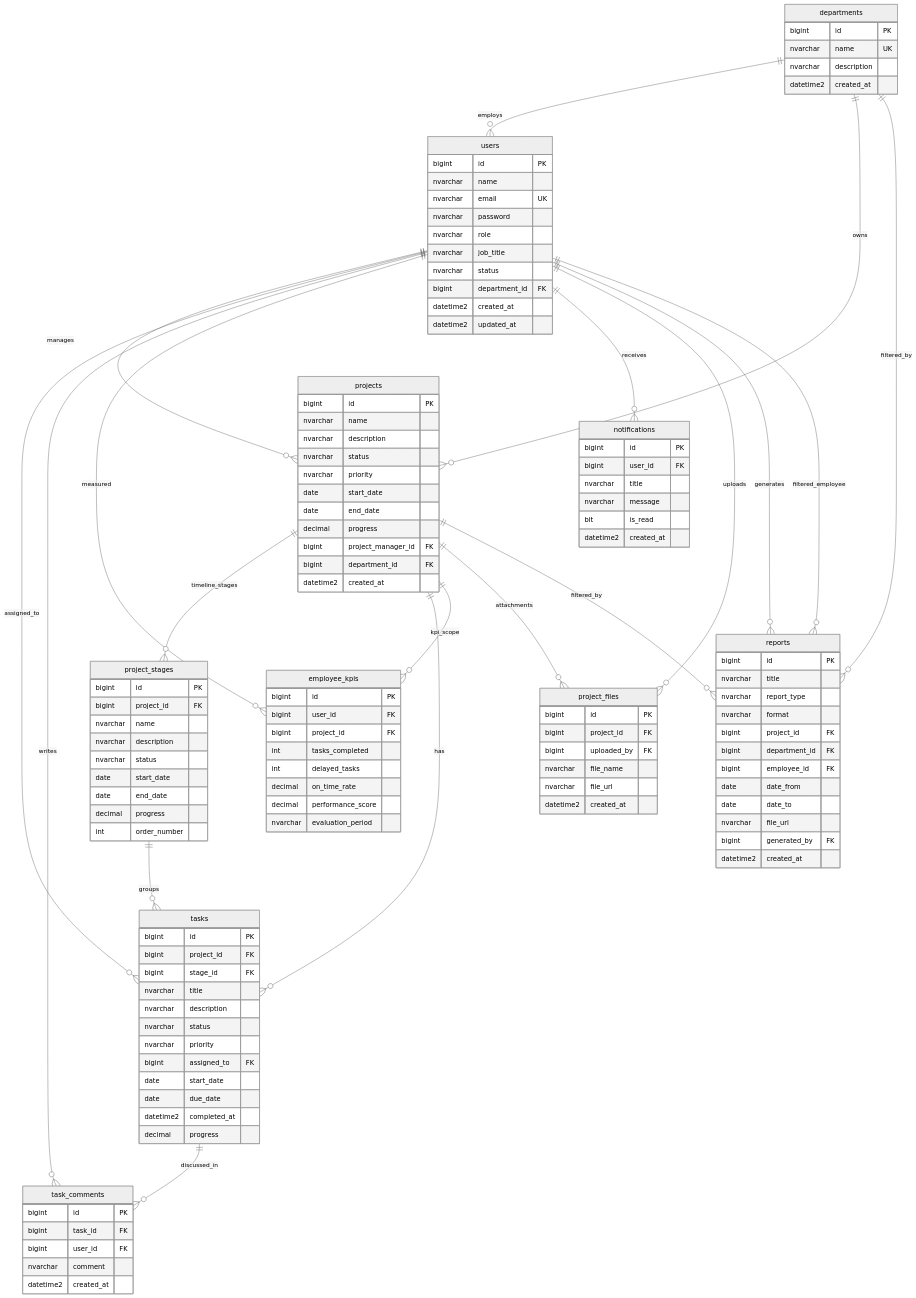
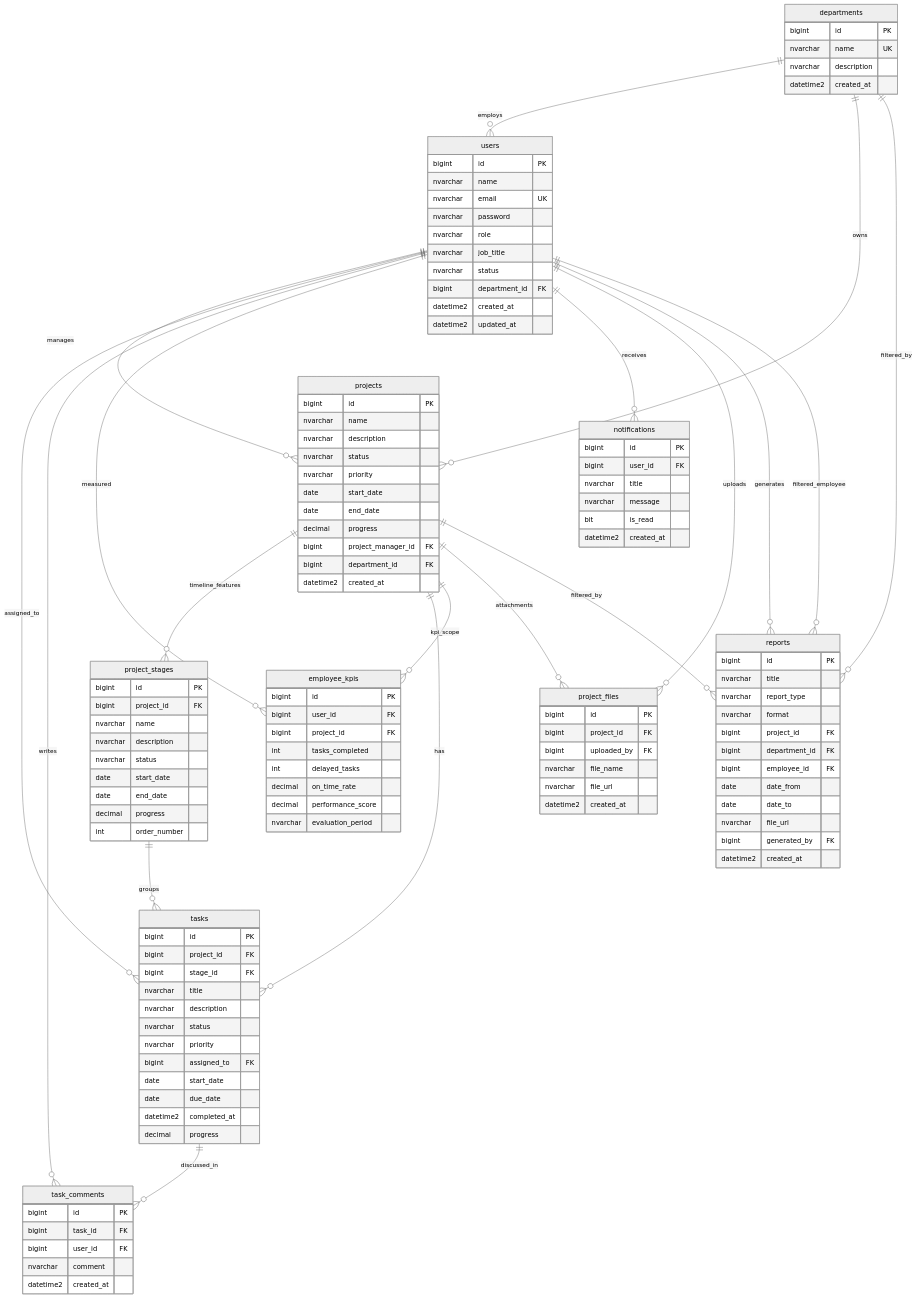
One commit to Ameera-Taqi/STRATIX- changed the diagram in docs/ERD.md. Above: the diagram before and after it, drawn with Mermaid (neutral theme). The commit also changed other lines of this file and 131 other files, not shown here.

```diff
--- a/docs/ERD.md
+++ b/docs/ERD.md
@@ -19,7 +19,7 @@
     users ||--o{ notifications : "receives"
     users ||--o{ project_files : "uploads"
     users ||--o{ reports : "generates"
-    projects ||--o{ project_stages : "timeline_stages"
+    projects ||--o{ project_stages : "timeline_features"
     projects ||--o{ tasks : "has"
     projects ||--o{ employee_kpis : "kpi_scope"
     projects ||--o{ project_files : "attachments"
```
